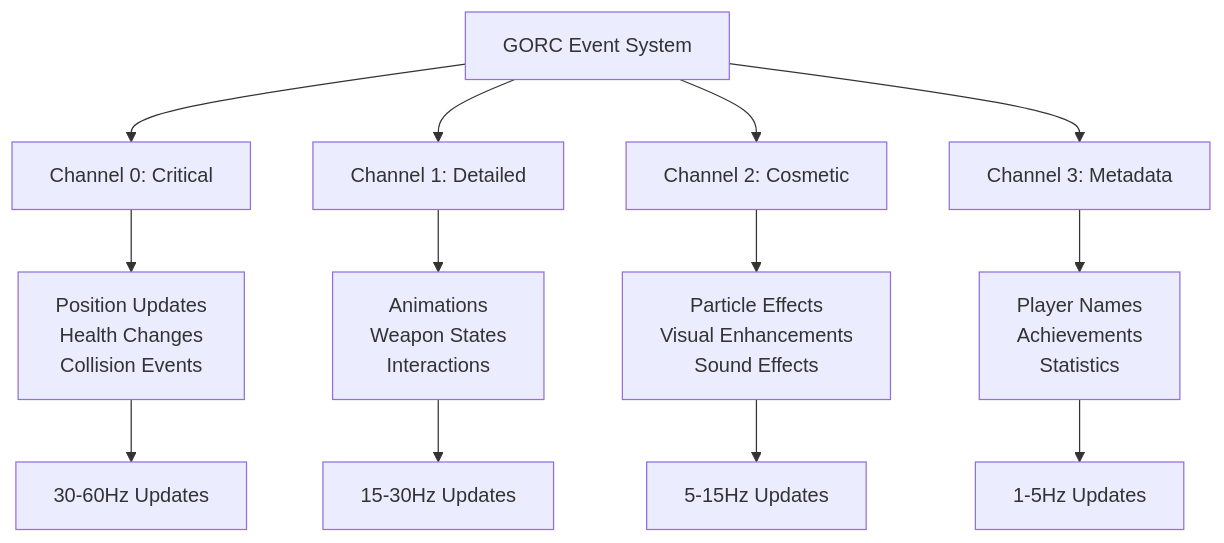
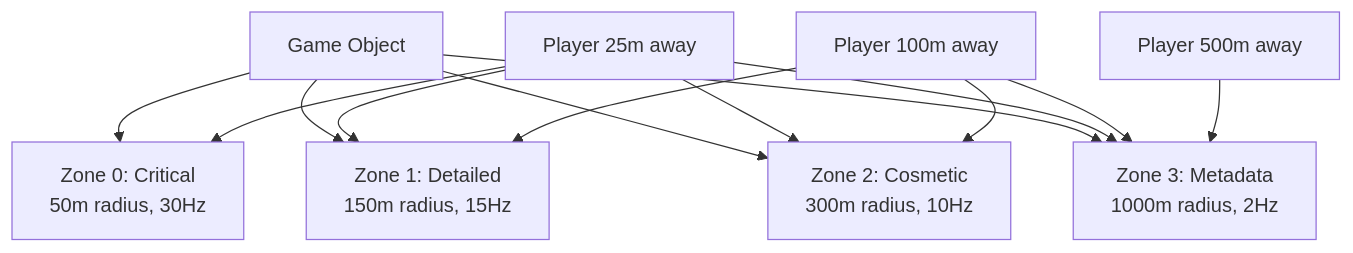
The first of 2 diagrams in crates/horizon_event_system/src/gorc/README.md (Far-Beyond-Dev/Horizon), drawn with Mermaid before and after one commit. The commit also changed other lines of this file and 2 other files, not shown here.

````diff
--- a/crates/horizon_event_system/src/gorc/README.md
+++ b/crates/horizon_event_system/src/gorc/README.md
@@ -59,17 +15,18 @@
 ```mermaid
 graph TD
-    A[GORC Event System] --> B[Channel 0: Critical]
-    A --> C[Channel 1: Detailed]
-    A --> D[Channel 2: Cosmetic]
-    A --> E[Channel 3: Metadata]
+    A[Game Object] --> B[Zone 0: Critical<br/>50m radius, 30Hz]
+    A --> C[Zone 1: Detailed<br/>150m radius, 15Hz]  
+    A --> D[Zone 2: Cosmetic<br/>300m radius, 10Hz]
+    A --> E[Zone 3: Metadata<br/>1000m radius, 2Hz]
     
-    B --> B1[Position Updates<br/>Health Changes<br/>Collision Events]
-    C --> C1[Animations<br/>Weapon States<br/>Interactions]
-    D --> D1[Particle Effects<br/>Visual Enhancements<br/>Sound Effects]
-    E --> E1[Player Names<br/>Achievements<br/>Statistics]
+    F[Player 25m away] --> B
+    F --> C
+    F --> D
+    F --> E
     
-    B1 --> F[30-60Hz Updates]
-    C1 --> G[15-30Hz Updates]
-    D1 --> H[5-15Hz Updates]
-    E1 --> I[1-5Hz Updates]
+    G[Player 100m away] --> C
+    G --> D
+    G --> E
+    
+    H[Player 500m away] --> E
 ```
````
